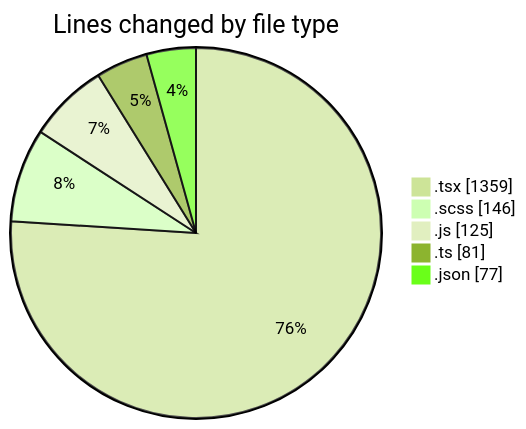
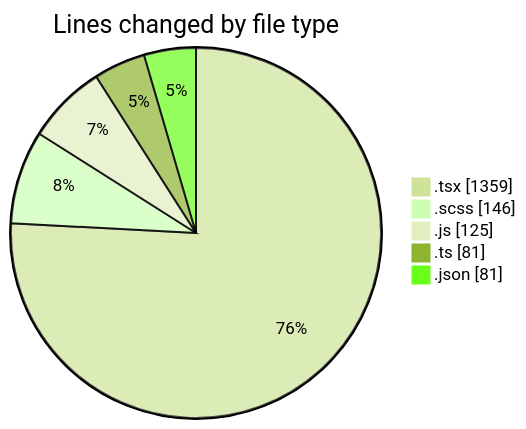
The first of 2 diagrams in 2026-04-24/cda/README.md (momahboobian/code-tracking), drawn with Mermaid (forest theme) before and after one commit. The commit also changed other lines of this file and 1 other file, not shown here.

````diff
--- a/2026-04-24/cda/README.md
+++ b/2026-04-24/cda/README.md
@@ -32,9 +32,9 @@
 ```mermaid
 pie showData
 title Lines changed by file type
 ".tsx" : 1359
 ".scss" : 146
 ".js" : 125
 ".ts" : 81
-".json" : 77
+".json" : 81
 ```
````
